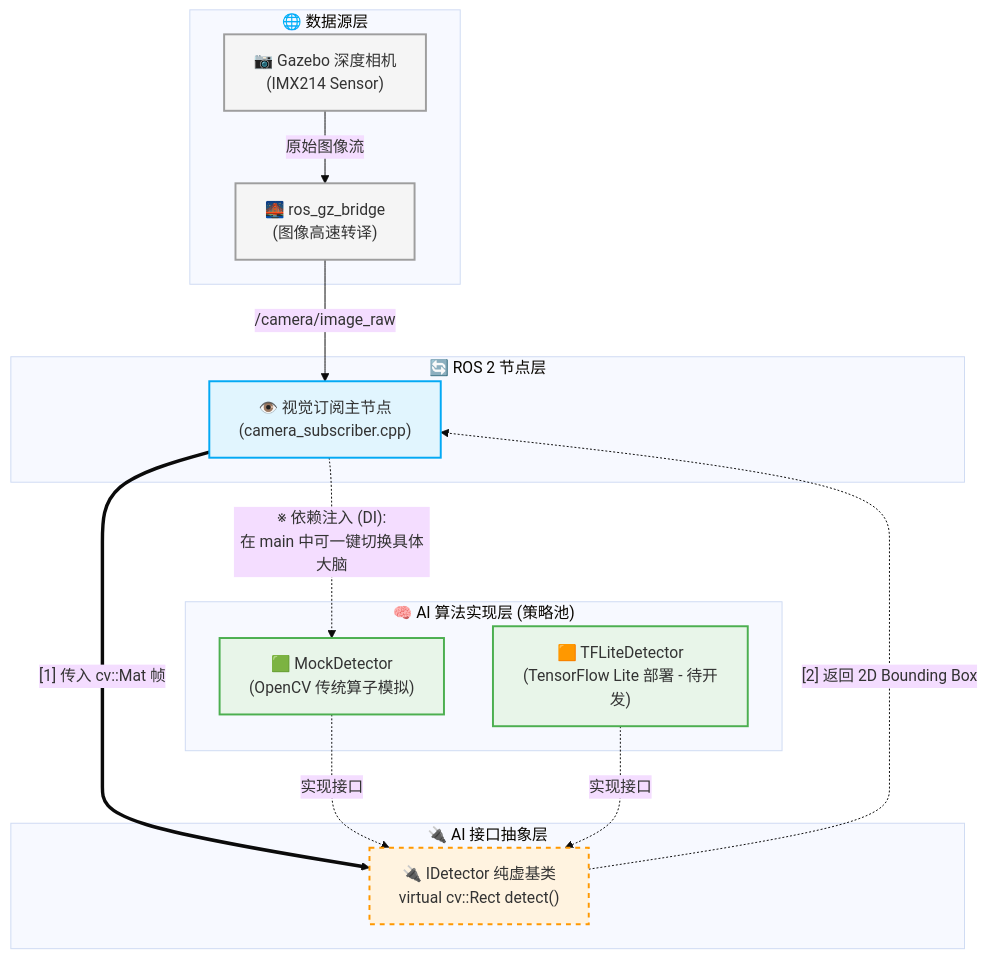
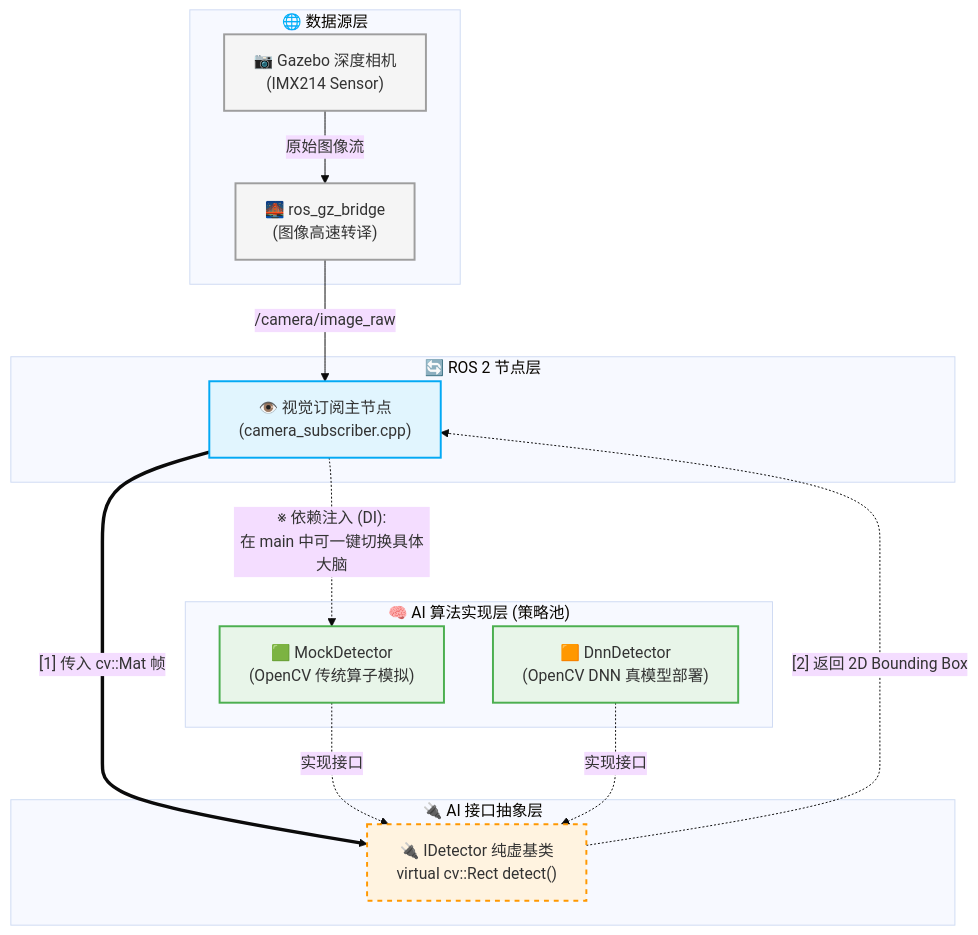
The third of 3 diagrams in README.md (xinfangshi/uav_inspection_ros2), drawn with Mermaid (base theme) before and after one commit. The commit also changed other lines of this file and 14 other files, not shown here.

Commit message:
feat: Implement robust TFLite C++ inference with dynamic tensor type casting (Float32/UInt8) and null-pointer defensive programming

````diff
--- a/README.md
+++ b/README.md
@@ -107,37 +108,37 @@
 ```mermaid
 graph TD
     classDef ros fill:#e1f5fe,stroke:#03a9f4,stroke-width:2px;
     classDef interface fill:#fff3e0,stroke:#ff9800,stroke-width:2px,stroke-dasharray: 5 5;
     classDef algo fill:#e8f5e9,stroke:#4caf50,stroke-width:2px;
     classDef sim fill:#f5f5f5,stroke:#9e9e9e,stroke-width:2px;
 
     subgraph "🌐 数据源层"
         GazeboCam["📷 Gazebo 深度相机<br>(IMX214 Sensor)"]:::sim
         GZBridge["🌉 ros_gz_bridge<br>(图像高速转译)"]:::sim
     end
 
     subgraph "🔄 ROS 2 节点层"
         CamNode["👁️ 视觉订阅主节点<br>(camera_subscriber.cpp)"]:::ros
     end
 
     subgraph "🔌 AI 接口抽象层"
         IDetector["🔌 IDetector 纯虚基类<br>virtual cv::Rect detect()"]:::interface
     end
 
     subgraph "🧠 AI 算法实现层 (策略池)"
         MockAI["🟩 MockDetector<br>(OpenCV 传统算子模拟)"]:::algo
-        TFLiteAI["🟧 TFLiteDetector<br>(TensorFlow Lite 部署 - 待开发)"]:::algo
+        DnnAI["🟧 DnnDetector<br>(OpenCV DNN 真模型部署)"]:::algo
     end
 
     %% 连线
     GazeboCam -->|"原始图像流"| GZBridge
     GZBridge -->|"/camera/image_raw"| CamNode
     
     CamNode ==>|"[1] 传入 cv::Mat 帧"| IDetector
     IDetector -.->|"[2] 返回 2D Bounding Box"| CamNode
     
     MockAI -.->|"实现接口"| IDetector
-    TFLiteAI -.->|"实现接口"| IDetector
+    DnnAI -.->|"实现接口"| IDetector
     
     CamNode -.->|"※ 依赖注入 (DI):<br>在 main 中可一键切换具体大脑"| MockAI
 ```
````
